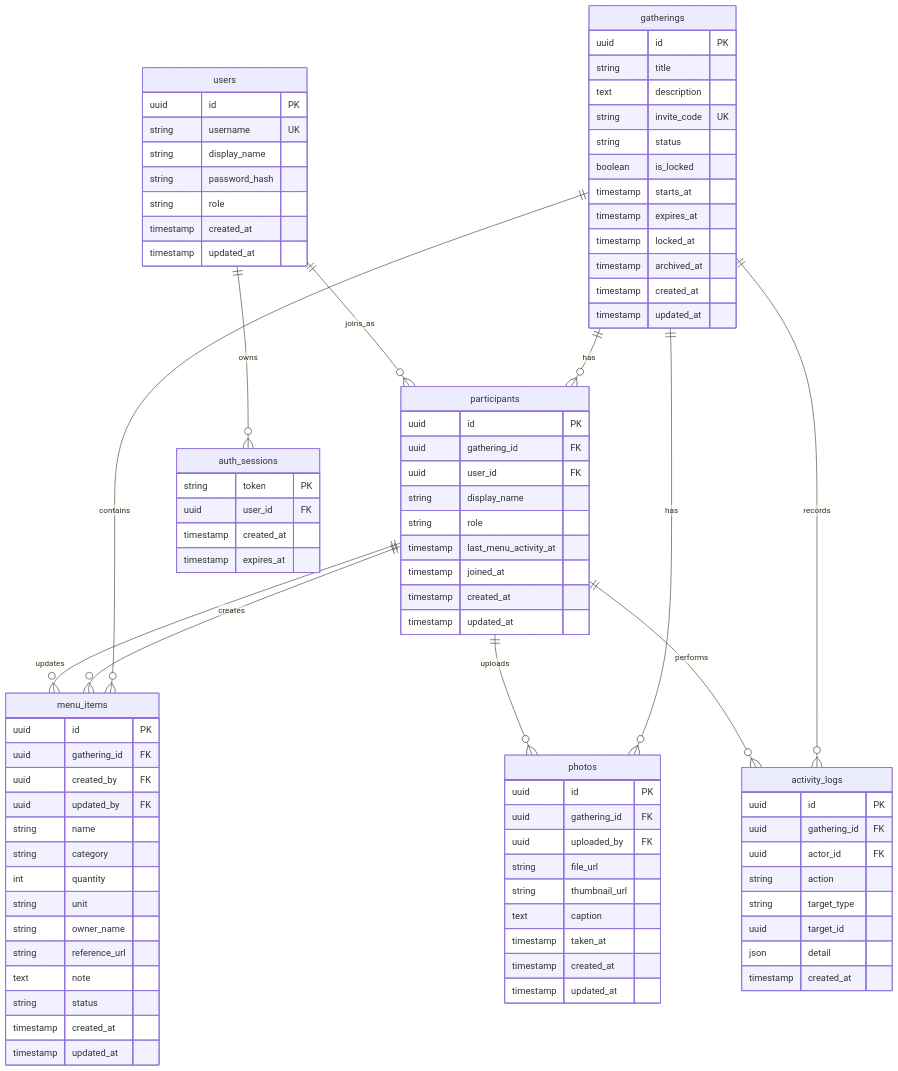
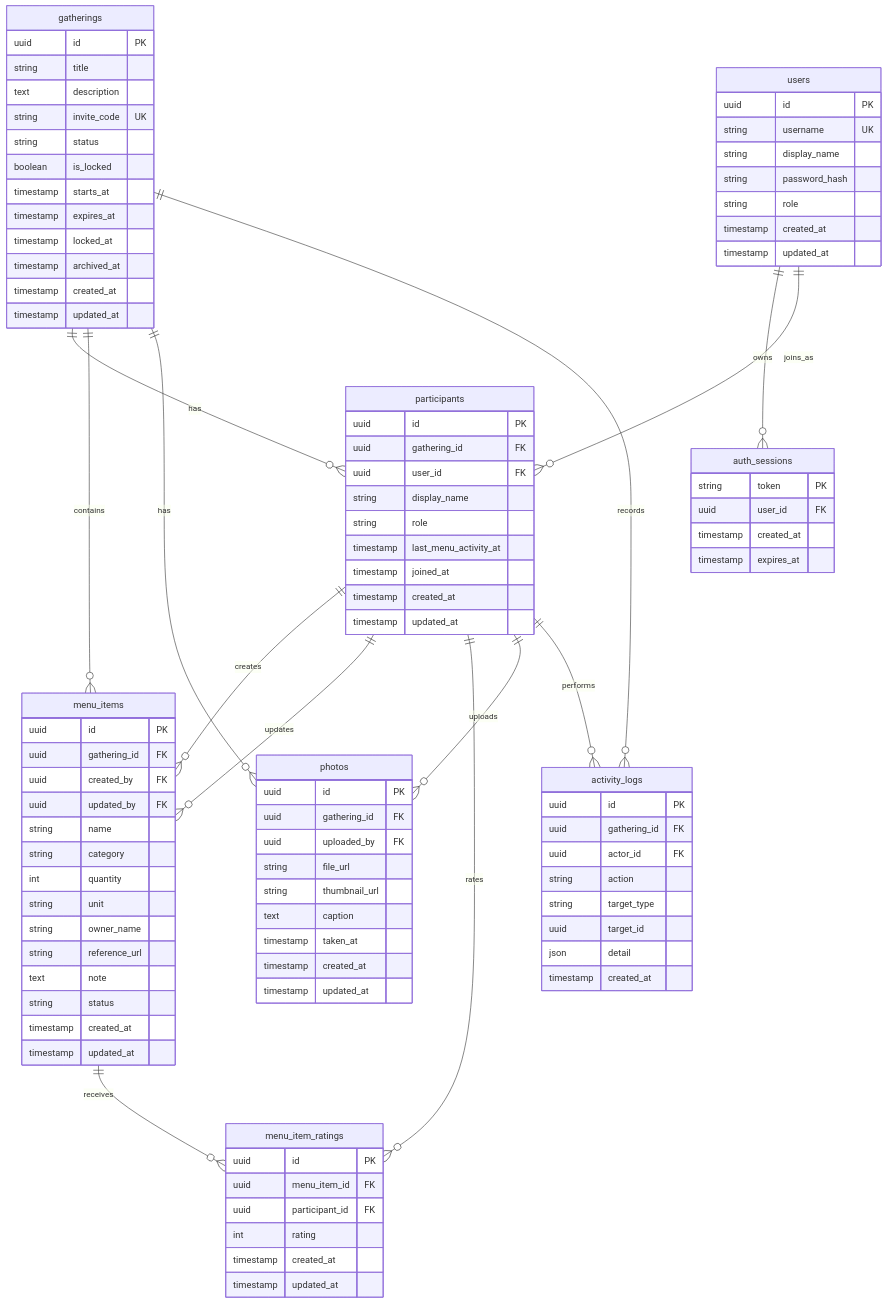
The diagram in README.md (zinan-c/LetsOrder), drawn with Mermaid before and after one commit. The commit also changed other lines of this file and 12 other files, not shown here.

```diff
--- a/README.md
+++ b/README.md
@@ -271,8 +276,10 @@
 
     participants ||--o{ menu_items : creates
     participants ||--o{ menu_items : updates
+    participants ||--o{ menu_item_ratings : rates
     participants ||--o{ photos : uploads
     participants ||--o{ activity_logs : performs
+    menu_items ||--o{ menu_item_ratings : receives
 
     gatherings {
         uuid id PK
@@ -335,6 +342,15 @@
         timestamp updated_at
     }
 
+    menu_item_ratings {
+        uuid id PK
+        uuid menu_item_id FK
+        uuid participant_id FK
+        int rating
+        timestamp created_at
+        timestamp updated_at
+    }
+
     photos {
         uuid id PK
         uuid gathering_id FK
```
